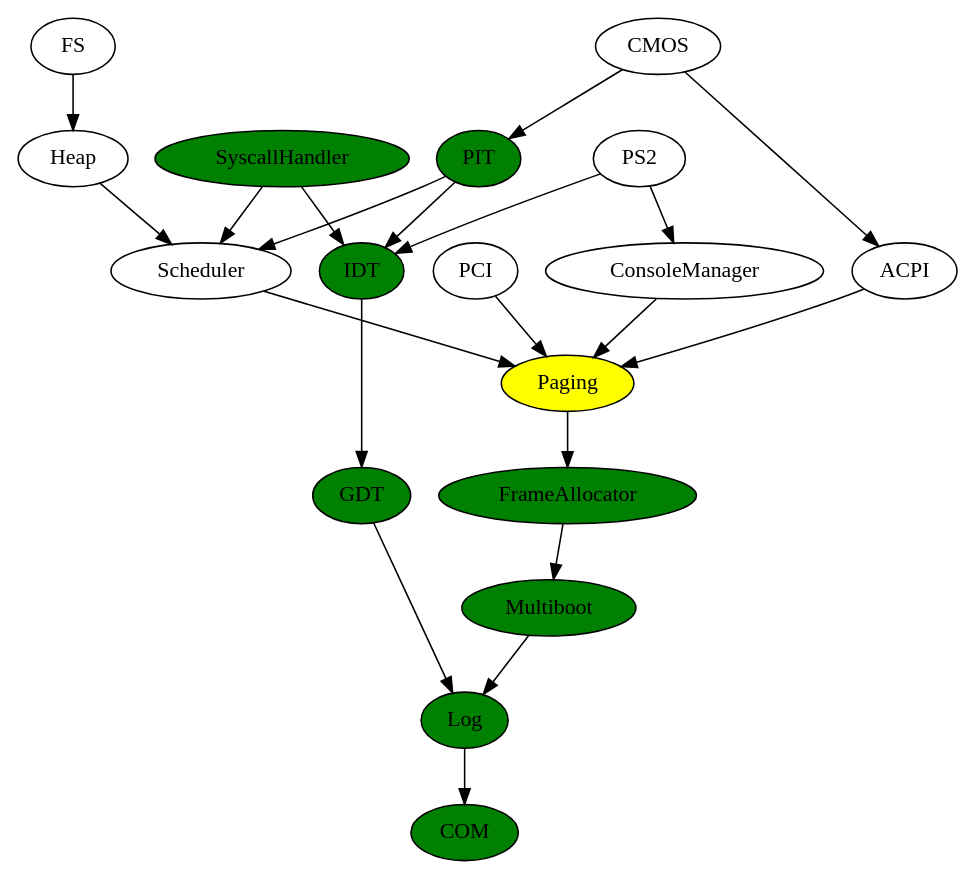
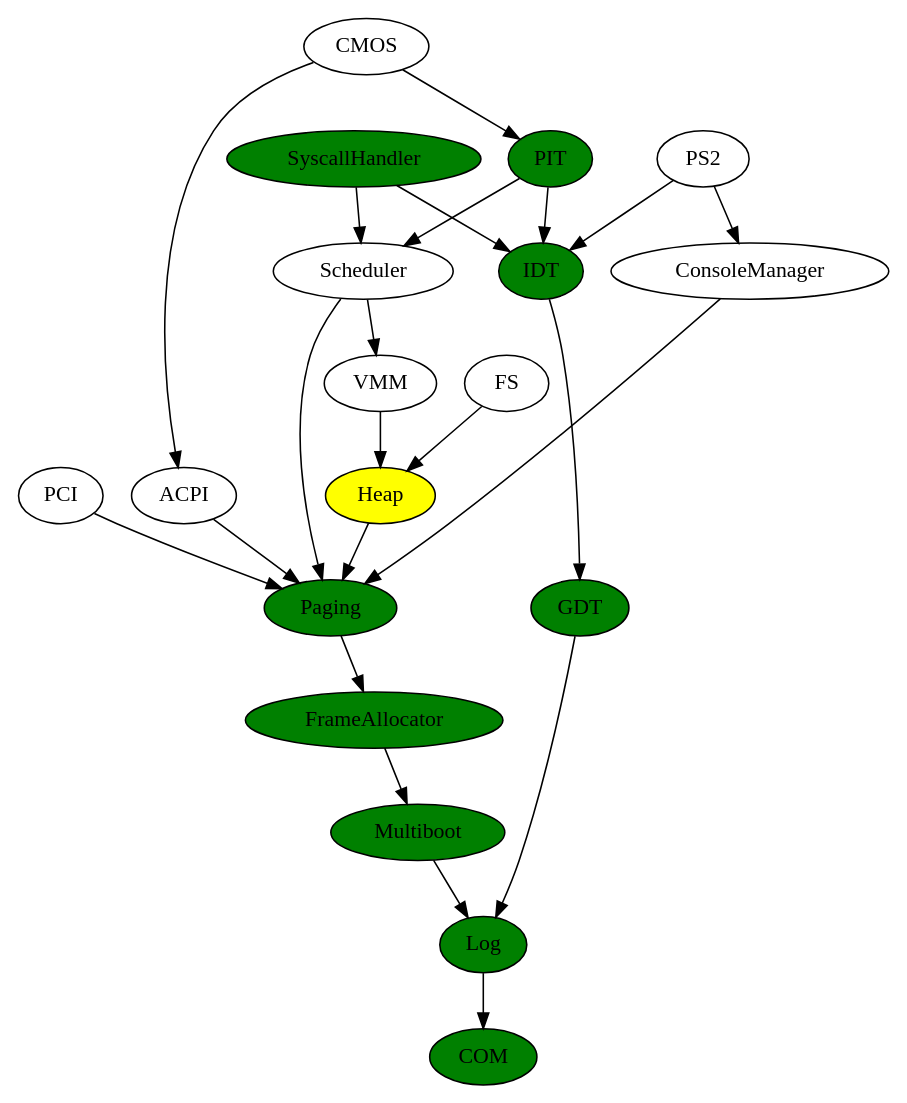
The diagram in CallHierarchy.dot (PowerNex/PowerNex), drawn with Graphviz before and after one commit. The commit also changed 25 other files, not shown here.

```diff
--- a/CallHierarchy.dot
+++ b/CallHierarchy.dot
@@ -1,64 +1,67 @@
 digraph derp {
 	COM[style=filled,fillcolor=green];
 	ACPI;
 	CMOS;
 	Log[style=filled,fillcolor=green];
 	GDT[style=filled,fillcolor=green];
 	IDT[style=filled,fillcolor=green];
 	SyscallHandler[style=filled,fillcolor=green];
 	PIT[style=filled,fillcolor=green];
 	PS2;
 	Multiboot[style=filled,fillcolor=green];
 	FrameAllocator[style=filled,fillcolor=green];
-	Paging[style=filled,fillcolor=yellow];
-	Heap;
+	Paging[style=filled,fillcolor=green];
+	Heap[style=filled,fillcolor=yellow];
 	PCI;
 	FS;
 	ConsoleManager;
 	Scheduler;
+	VMM;
 
 	//(*) -> COM;
 
 	CMOS -> ACPI;
 
 	Log -> COM;
 
 	IDT -> GDT;
 	SyscallHandler -> IDT;
 	PIT -> IDT;
 	PS2 -> IDT;
 	FrameAllocator -> Multiboot;
 	Paging -> FrameAllocator;
-	//Heap -> Paging;
+	Heap -> Paging;
 	PS2 -> ConsoleManager;
 	SyscallHandler -> Scheduler;
-	Heap -> Scheduler;
+	//Heap -> Scheduler;
 	PIT -> Scheduler;
+	Scheduler -> VMM;
+	VMM -> Heap;
 	FS -> Heap;
 
 	ACPI -> Paging;
 	PCI -> Paging;
 	ConsoleManager -> Paging;
 	Scheduler -> Paging;
 
 	CMOS -> PIT;
 
 
 	//ACPI -> Log;
 	//CMOS -> Log;
 	GDT -> Log;
 	//IDT -> Log;
 	//SyscallHandler -> Log;
 	//PIT -> Log;
 	//PS2 -> Log;
 	Multiboot -> Log;
 	//FrameAllocator -> Log;
 	//Paging -> Log;
 	//Heap -> Log;
 	//PCI -> Log;
 	//FS -> Log;
 	//ConsoleManager -> Log;
 	//Scheduler -> Log;
 
 
 }
```
